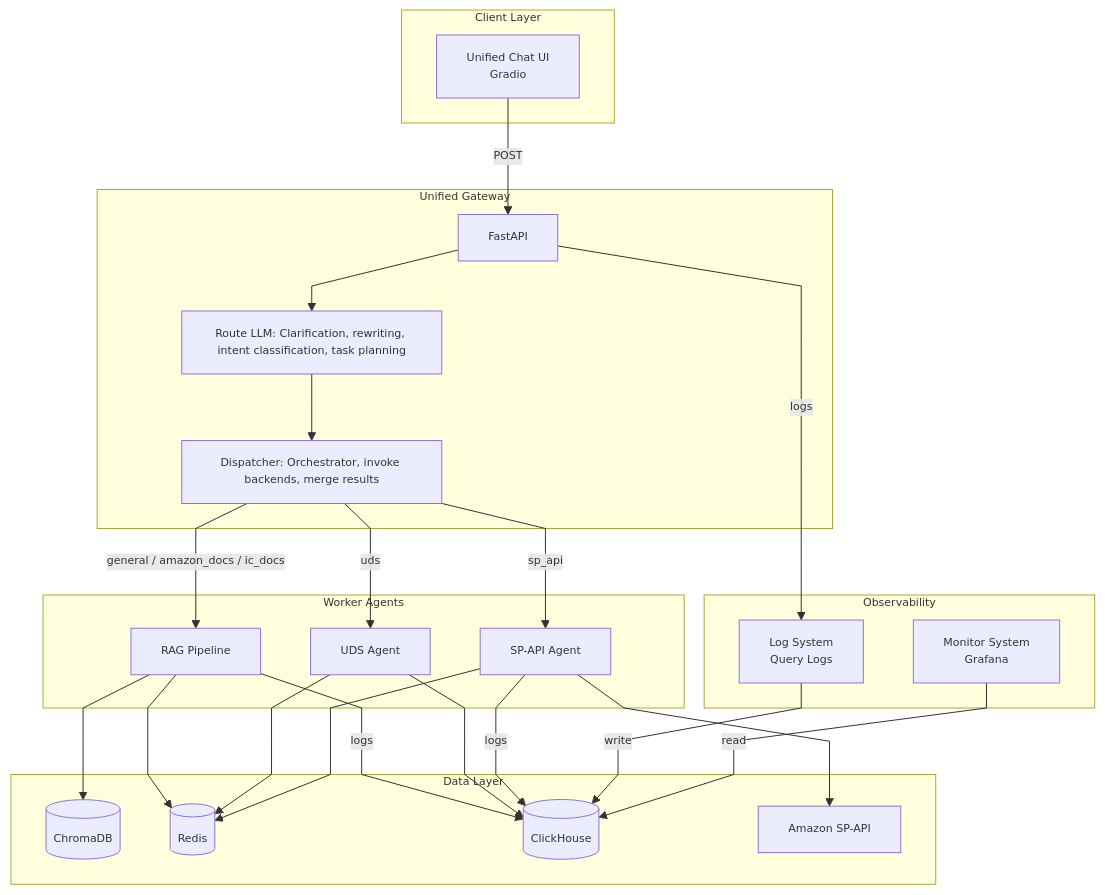
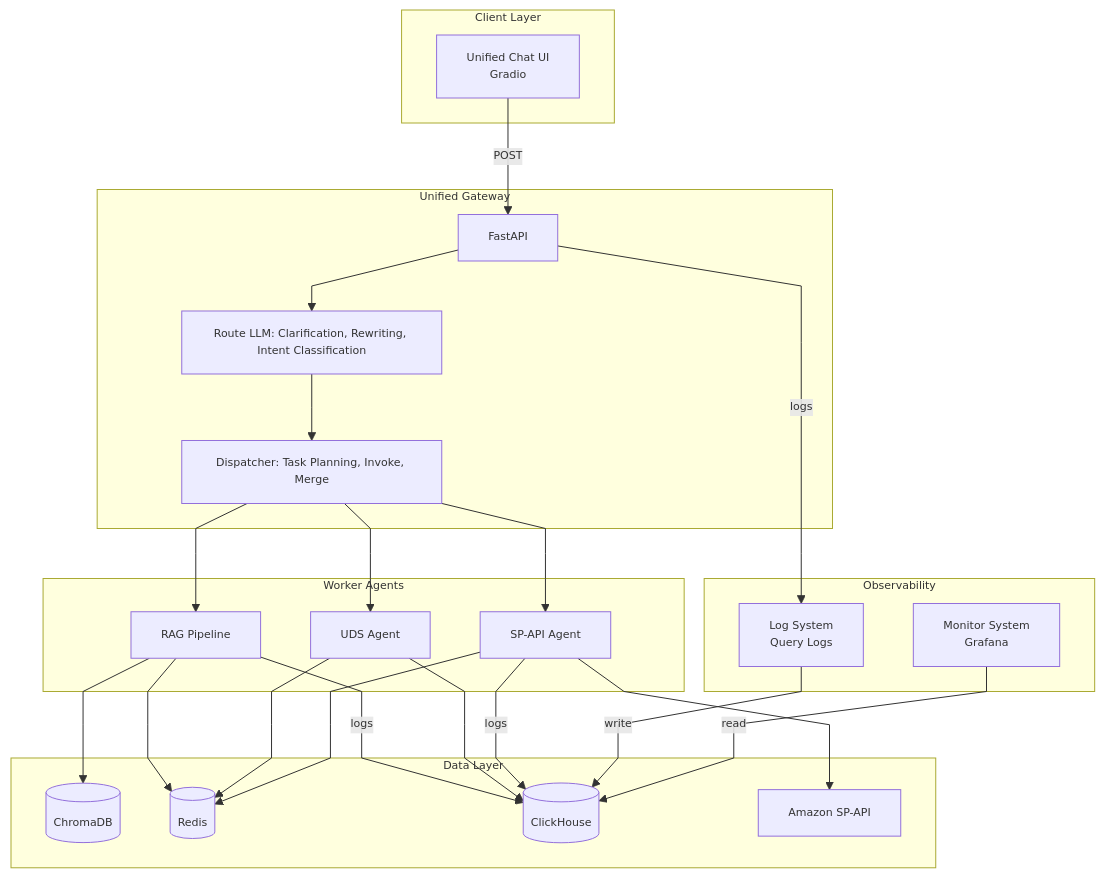
One commit to lenhop/IC-RAG-Agent changed the first of 13 diagrams in docs/FRAMEWORK.md. Above: the diagram before and after it, drawn with Mermaid. The commit also changed other lines of this file and 15 other files, not shown here.

````diff
--- a/docs/FRAMEWORK.md
+++ b/docs/FRAMEWORK.md
@@ -22,51 +22,51 @@
 ```mermaid
 %%{init: {'themeVariables': {'fontSize': '11px'}, 'flowchart': {'curve': 'linear'}}}%%
 flowchart TB
     subgraph Client["Client Layer"]
         UI[Unified Chat UI<br/>Gradio]
     end
 
     subgraph Gateway["Unified Gateway"]
         API[FastAPI]
-        RouteLLM[Route LLM: Clarification, rewriting, intent classification, task planning]
-        Dispatcher[Dispatcher: Orchestrator, invoke backends, merge results]
+        RouteLLM[Route LLM: Clarification, Rewriting, Intent Classification]
+        Dispatcher[Dispatcher: Task Planning, Invoke, Merge]
     end
 
-    subgraph Backends["Worker Agents"]
+    subgraph Workers["Worker Agents"]
         RAG[RAG Pipeline]
         UDS[UDS Agent]
         SP[SP-API Agent]
     end
 
     subgraph Data["Data Layer"]
         Chroma[(ChromaDB)]
         Redis[(Redis)]
         CH[(ClickHouse)]
         SPAPI_EXT[Amazon SP-API]
     end
 
     subgraph Observability["Observability"]
         Monitor[Monitor System<br/>Grafana]
         Log[Log System<br/>Query Logs]
     end
 
     UI -->|POST| API
     API --> RouteLLM
     RouteLLM --> Dispatcher
-    Dispatcher -->|general / amazon_docs / ic_docs| RAG
-    Dispatcher -->|uds| UDS
-    Dispatcher -->|sp_api| SP
+    Dispatcher --> RAG
+    Dispatcher --> UDS
+    Dispatcher --> SP
 
     RAG --> Chroma
     RAG --> Redis
     RAG -->|logs| CH
     UDS --> CH
     UDS --> Redis
     SP --> SPAPI_EXT
     SP --> Redis
     SP -->|logs| CH
 
     API -->|logs| Log
     Log -->|write| CH
     Monitor -->|read| CH
 ```
````
